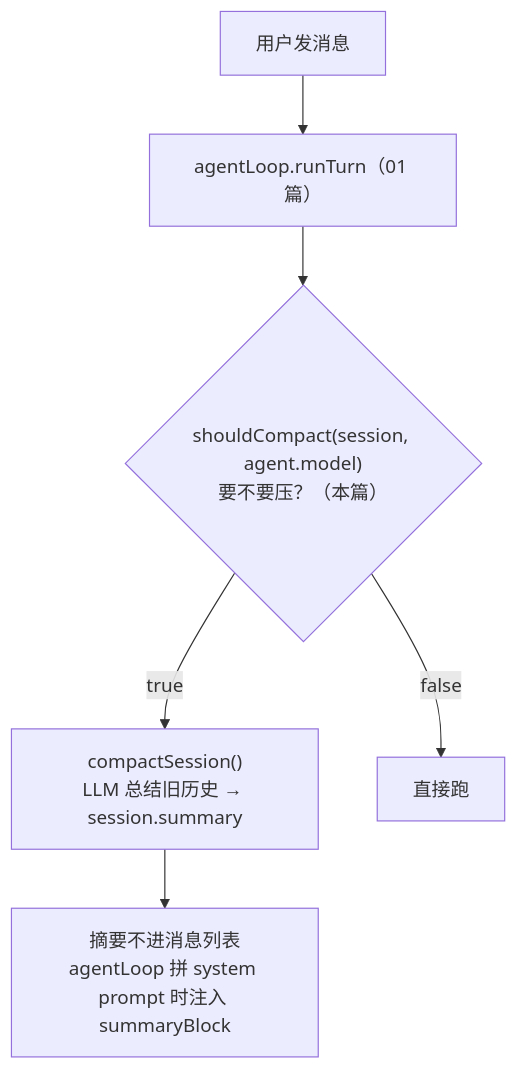
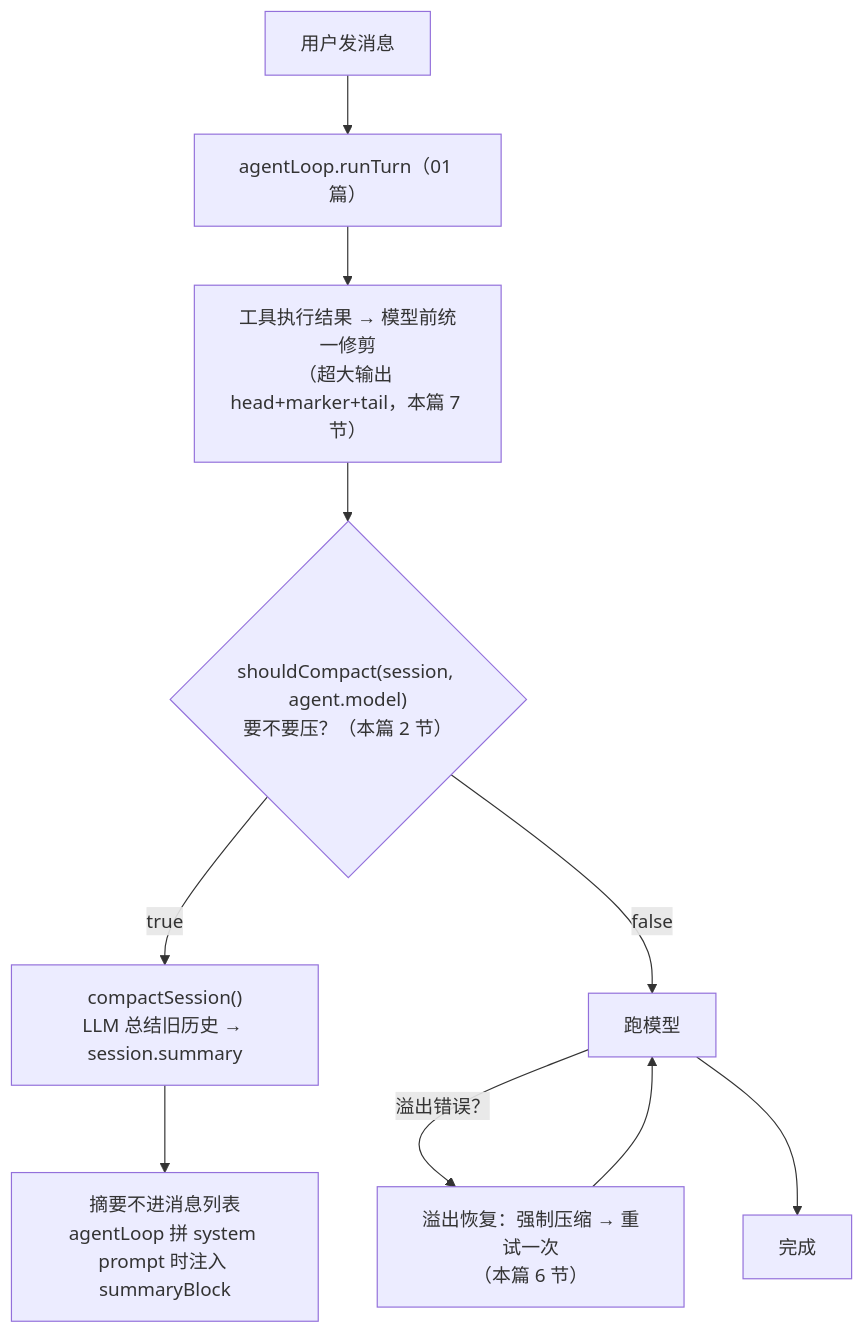
The diagram in docs/guide/06-compact.md (Syotick/nova-agent), drawn with Mermaid before and after one commit. The commit also changed other lines of this file and 14 other files, not shown here.

````diff
--- a/docs/guide/06-compact.md
+++ b/docs/guide/06-compact.md
@@ -28,8 +32,12 @@
 ```mermaid
 flowchart TD
   U["用户发消息"] --> RT["agentLoop.runTurn（01 篇）"]
-  RT --> SC{"shouldCompact(session, agent.model)<br/>要不要压？（本篇）"}
+  RT --> PR["工具执行结果 → 模型前统一修剪<br/>（超大输出 head+marker+tail，本篇 7 节）"]
+  PR --> SC{"shouldCompact(session, agent.model)<br/>要不要压？（本篇 2 节）"}
   SC -->|true| CS["compactSession()<br/>LLM 总结旧历史 → session.summary"]
   CS --> SB["摘要不进消息列表<br/>agentLoop 拼 system prompt 时注入 summaryBlock"]
-  SC -->|false| GO["直接跑"]
+  SC -->|false| GO["跑模型"]
+  GO -->|"溢出错误？"| OV["溢出恢复：强制压缩 → 重试一次<br/>（本篇 6 节）"]
+  OV --> GO
+  GO --> D["完成"]
 ```
````
